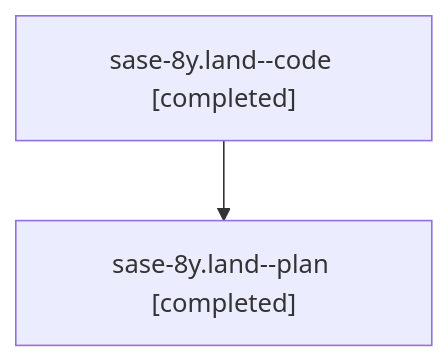
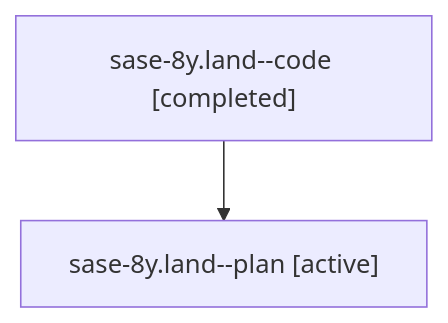
The diagram in families/bbugyi200.athena.sase-8y.land.md (sase-org/sase--agents), drawn with Mermaid before and after one commit. The commit also changed other lines of this file and 8679 other files, not shown here.

````diff
--- a/families/bbugyi200.athena.sase-8y.land.md
+++ b/families/bbugyi200.athena.sase-8y.land.md
@@ -9,6 +9,6 @@
 ```mermaid
 flowchart TD
   n0["sase-8y.land--code [completed]"]
-  n1["sase-8y.land--plan [completed]"]
+  n1["sase-8y.land--plan [active]"]
   n0 --> n1
 ```
````
